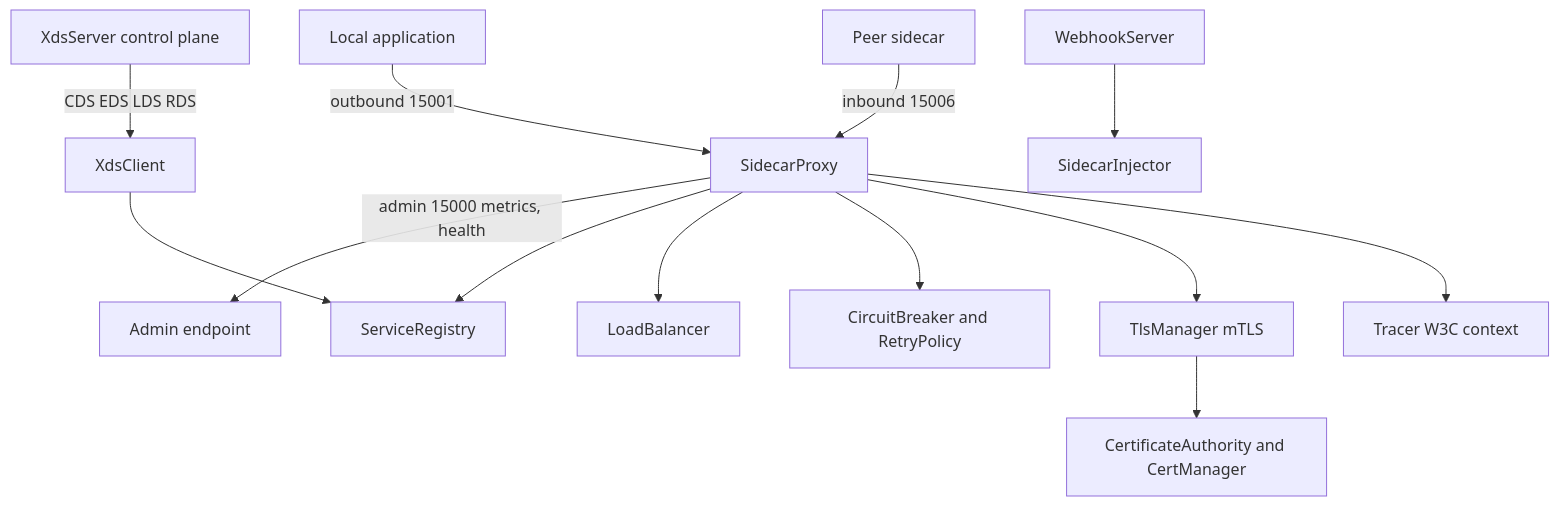
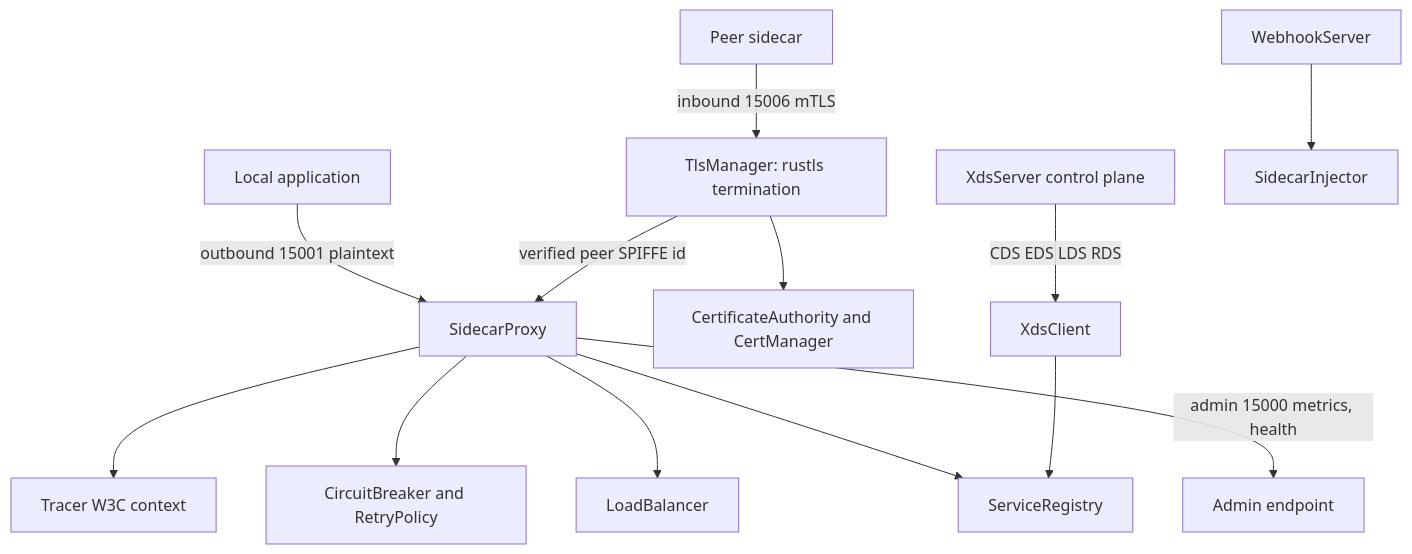
Before and after one commit to jchu0/applied-cs-projects: the diagram in 13-service-mesh/README.md, drawn with Mermaid. The commit also changed other lines of this file and 7 other files, not shown here.

First line of the commit message:
Tier B 13: mTLS on the proxy data path + real consistent-hash RingHash

````diff
--- a/13-service-mesh/README.md
+++ b/13-service-mesh/README.md
@@ -33,15 +41,15 @@
 ```mermaid
 flowchart TD
-    App[Local application] -->|outbound 15001| Proxy[SidecarProxy]
-    Peer[Peer sidecar] -->|inbound 15006| Proxy
+    App[Local application] -->|outbound 15001 plaintext| Proxy[SidecarProxy]
+    Peer[Peer sidecar] -->|inbound 15006 mTLS| TLS[TlsManager: rustls termination]
+    TLS -->|verified peer SPIFFE id| Proxy
     Proxy -->|admin 15000 metrics, health| Admin[Admin endpoint]
     Proxy --> Registry[ServiceRegistry]
     Proxy --> LB[LoadBalancer]
     Proxy --> CB[CircuitBreaker and RetryPolicy]
-    Proxy --> TLS[TlsManager mTLS]
     Proxy --> Tracer[Tracer W3C context]
     TLS --> Cert[CertificateAuthority and CertManager]
     XdsServer[XdsServer control plane] -->|CDS EDS LDS RDS| XdsClient[XdsClient]
     XdsClient --> Registry
     Webhook[WebhookServer] --> Injector[SidecarInjector]
 ```
````
